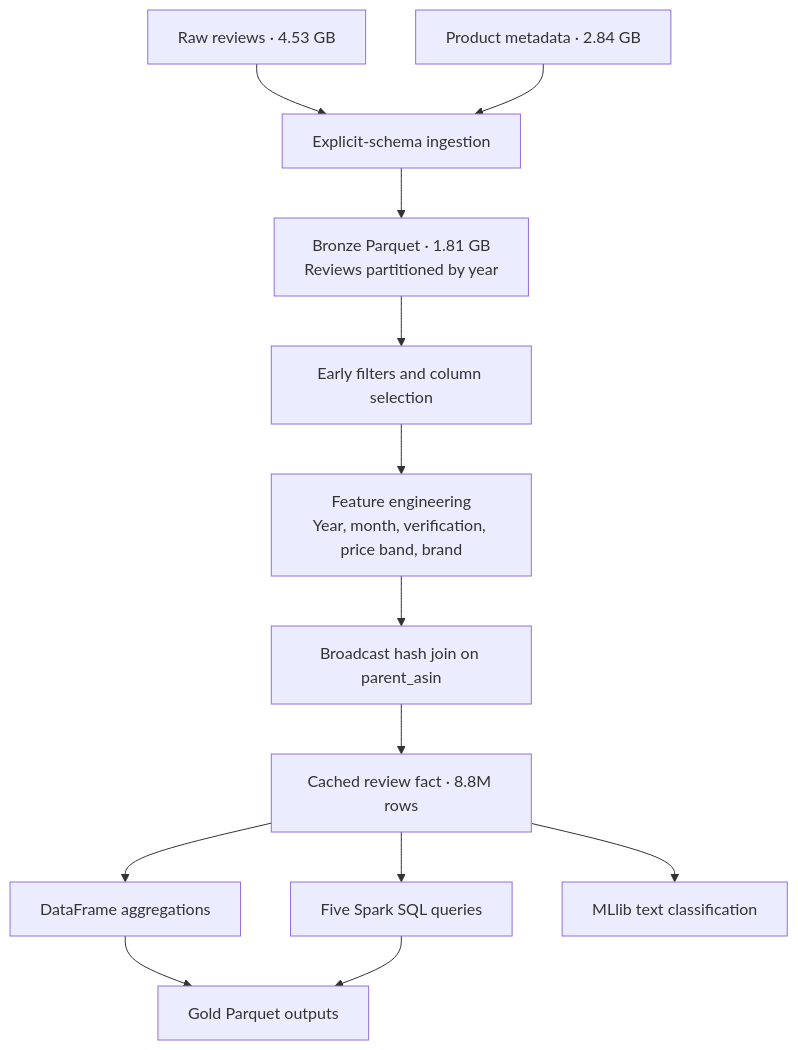
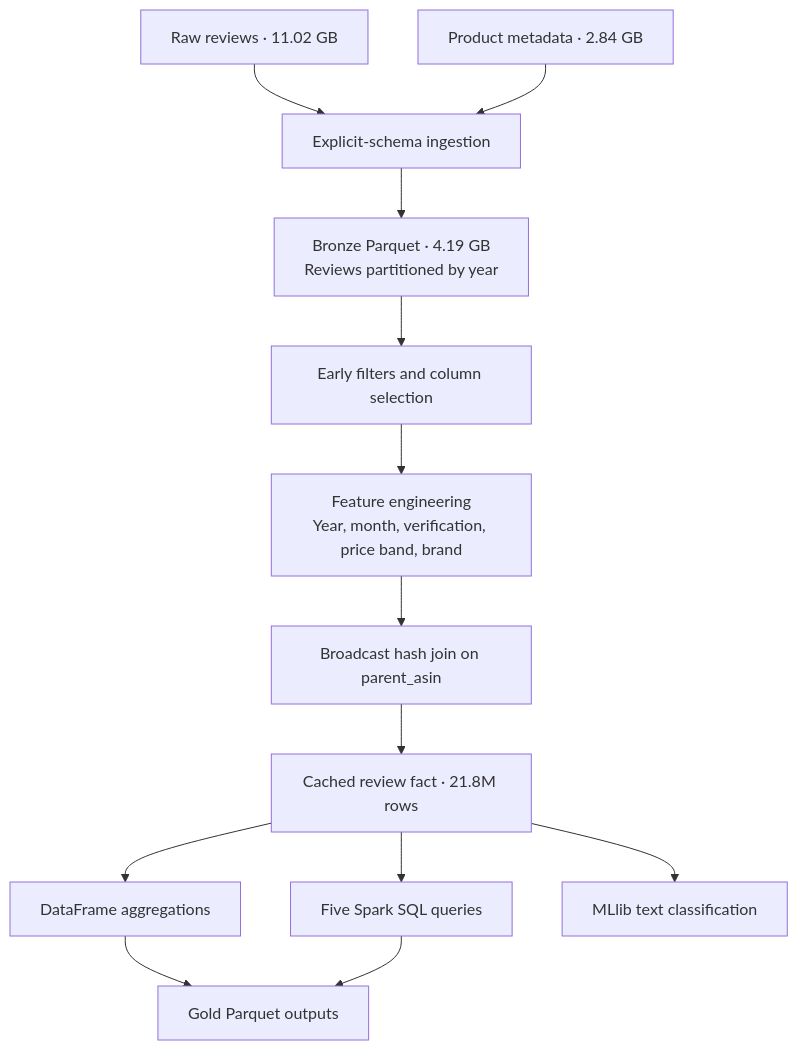
Before and after one commit to parvxi/beautyiq-pyspark: the first of 2 diagrams in README.md, drawn with Mermaid. The commit also changed other lines of this file and 25 other files, not shown here.

````diff
--- a/README.md
+++ b/README.md
@@ -65,15 +65,15 @@
 ```mermaid
 flowchart TD
-    R["Raw reviews · 4.53 GB"] --> A["Explicit-schema ingestion"]
+    R["Raw reviews · 11.02 GB"] --> A["Explicit-schema ingestion"]
     P["Product metadata · 2.84 GB"] --> A
-    A --> B["Bronze Parquet · 1.81 GB<br/>Reviews partitioned by year"]
+    A --> B["Bronze Parquet · 4.19 GB<br/>Reviews partitioned by year"]
     B --> C["Early filters and column selection"]
     C --> D["Feature engineering<br/>Year, month, verification, price band, brand"]
     D --> E["Broadcast hash join on parent_asin"]
-    E --> F["Cached review fact · 8.8M rows"]
+    E --> F["Cached review fact · 21.8M rows"]
     F --> G["DataFrame aggregations"]
     F --> H["Five Spark SQL queries"]
     G --> I["Gold Parquet outputs"]
     H --> I
     F --> J["MLlib text classification"]
 ```
````
